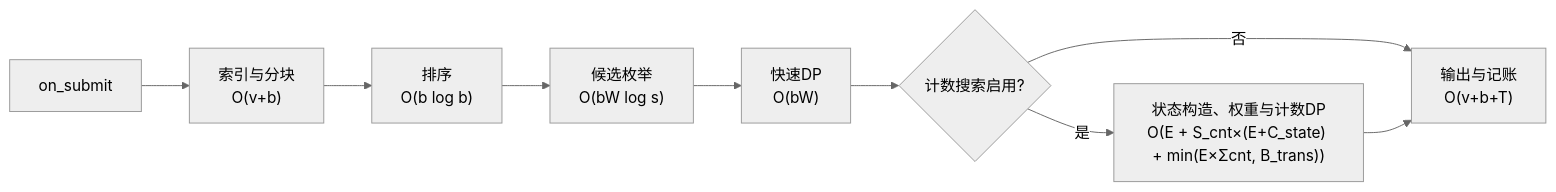
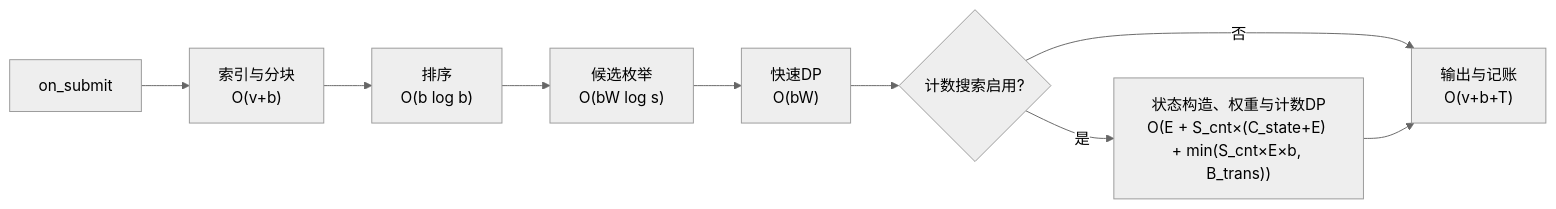
One commit to dpj135/hackathon changed the diagram in submissions/kaisennhu/04_算法设计与复杂度/复杂度分析.md. Above: the diagram before and after it, drawn with Mermaid (neutral theme). The commit also changed other lines of this file and 1 other file, not shown here.

````diff
--- a/submissions/kaisennhu/04_算法设计与复杂度/复杂度分析.md
+++ b/submissions/kaisennhu/04_算法设计与复杂度/复杂度分析.md
@@ -7,11 +7,11 @@
 ```mermaid
 flowchart LR
     A["on_submit"] --> B["索引与分块<br/>O(v+b)"]
     B --> C["排序<br/>O(b log b)"]
     C --> D["候选枚举<br/>O(bW log s)"]
     D --> E["快速DP<br/>O(bW)"]
     E --> F{"计数搜索启用?"}
-    F -- 是 --> G["状态构造、权重与计数DP<br/>O(E + S_cnt×(E+C_state) + min(E×Σcnt, B_trans))"]
+    F -- 是 --> G["状态构造、权重与计数DP<br/>O(E + S_cnt×(C_state+E) + min(S_cnt×E×b, B_trans))"]
     F -- 否 --> H["输出与记账<br/>O(v+b+T)"]
     G --> H
 ```
````
